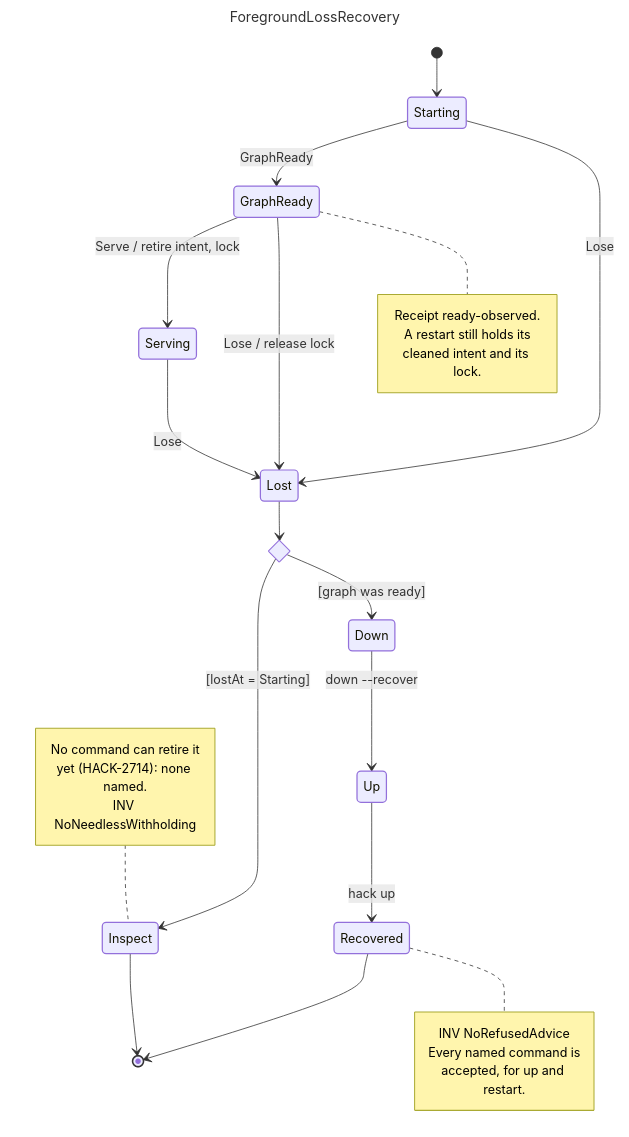
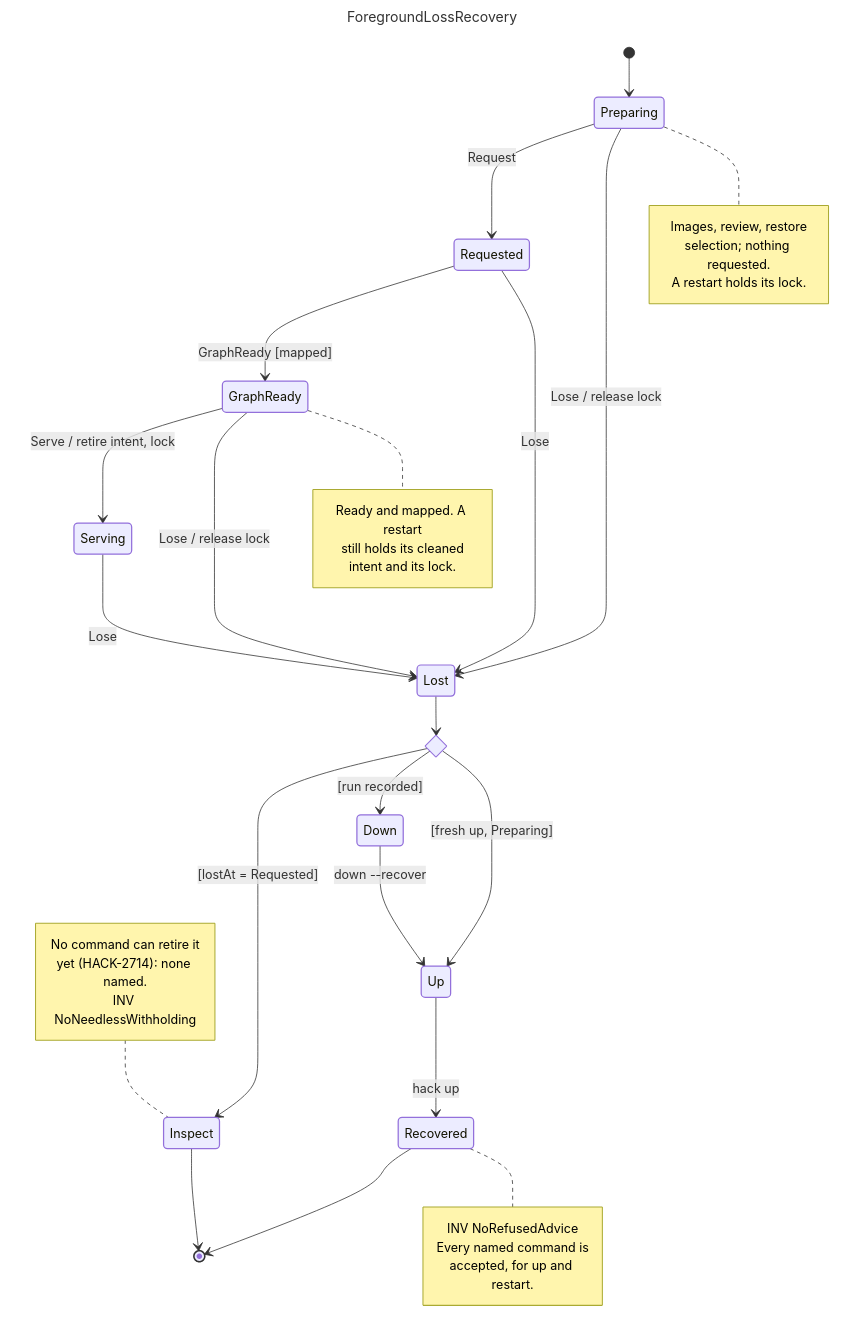
One commit to hack-dance/hack changed the diagram in docs/diagrams/foreground-loss-recovery.mmd. Above: the diagram before and after it, drawn with Mermaid. The commit also changed 21 other files, not shown here.

First line of the commit message:
fix(native): name a working command for a VM lost before services were requested (HACK-2096)

```diff
--- a/docs/diagrams/foreground-loss-recovery.mmd
+++ b/docs/diagrams/foreground-loss-recovery.mmd
@@ -1,47 +1,55 @@
 ---
 title: ForegroundLossRecovery
 ---
 stateDiagram-v2
   direction TB
-  [*] --> Starting
-  Starting --> GraphReady : GraphReady
+  [*] --> Preparing
+  Preparing --> Requested : Request
+  Requested --> GraphReady : GraphReady [mapped]
   GraphReady --> Serving : Serve / retire intent, lock
-  Starting --> Lost : Lose
+  Preparing --> Lost : Lose / release lock
+  Requested --> Lost : Lose
   GraphReady --> Lost : Lose / release lock
   Serving --> Lost : Lose
   state advice <<choice>>
   Lost --> advice
-  advice --> Inspect : [lostAt = Starting]
-  advice --> Down : [graph was ready]
+  advice --> Inspect : [lostAt = Requested]
+  advice --> Down : [run recorded]
+  advice --> Up : [fresh up, Preparing]
   Down --> Up : down --recover
   Up --> Recovered : hack up
   Inspect --> [*]
   Recovered --> [*]
 
+  note right of Preparing
+    Images, review, restore
+    selection; nothing requested.
+    A restart holds its lock.
+  end note
   note right of GraphReady
-    Receipt ready-observed.
-    A restart still holds its
-    cleaned intent and its lock.
+    Ready and mapped. A restart
+    still holds its cleaned
+    intent and its lock.
   end note
   note left of Inspect
     No command can retire it
     yet (HACK-2714): none named.
     INV NoNeedlessWithholding
   end note
   note right of Recovered
     INV NoRefusedAdvice
     Every named command is
     accepted, for up and restart.
   end note
 
   classDef live stroke-width:1.6px
   classDef wait stroke-width:1.6px
   classDef ok stroke-width:1.6px
   classDef fail stroke-width:1.6px
   classDef idle stroke-width:1.6px
-  class Starting,GraphReady wait
+  class Preparing,Requested,GraphReady wait
   class Serving live
   class Lost fail
   class Down,Up wait
   class Recovered ok
   class Inspect idle
```
